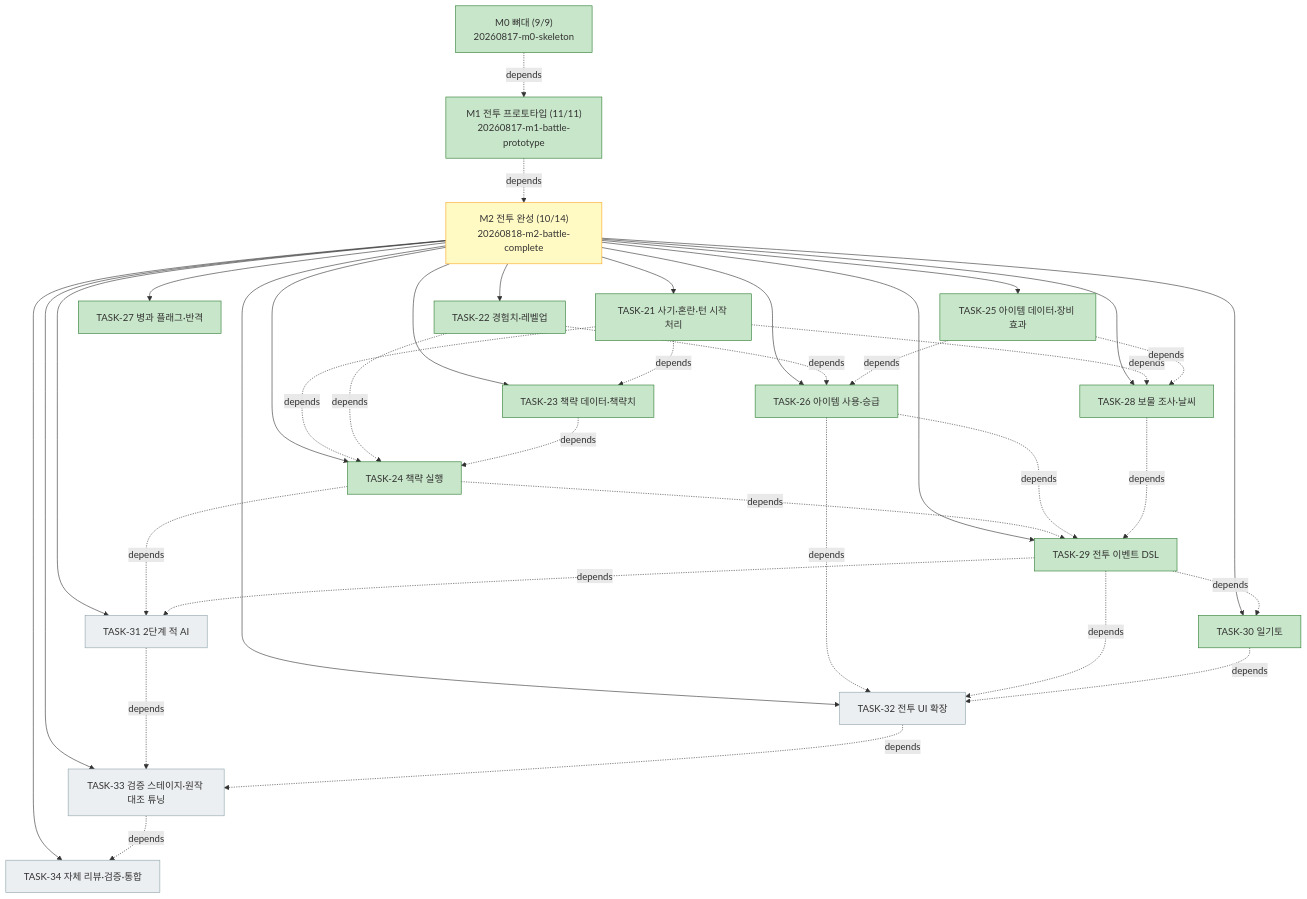
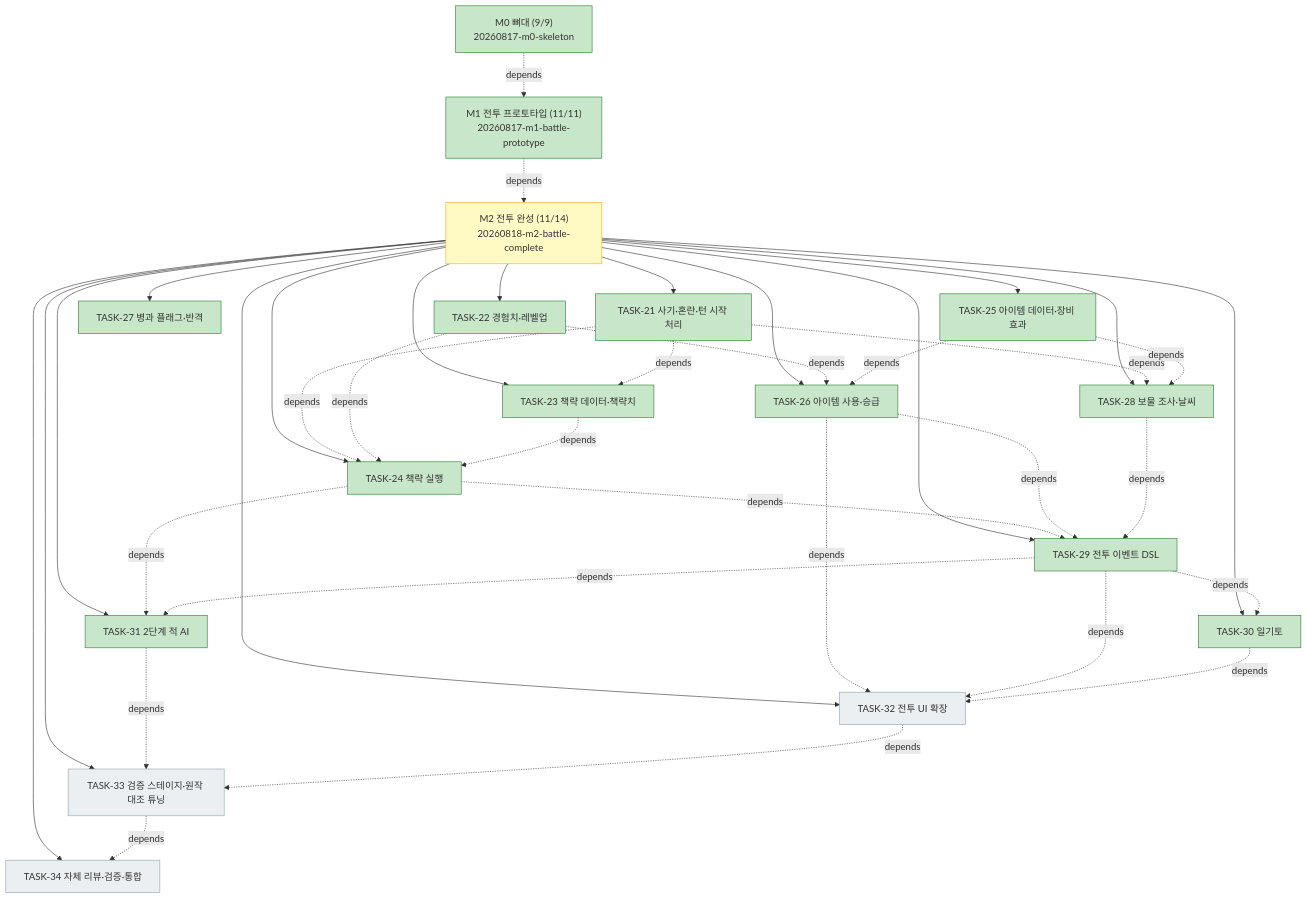
One commit to bluesky5008/HERO changed the diagram in docs/plan.md. Above: the diagram before and after it, drawn with Mermaid. The commit also changed other lines of this file and 15 other files, not shown here.

````diff
--- a/docs/plan.md
+++ b/docs/plan.md
@@ -77,46 +77,46 @@
 ```mermaid
 flowchart TD
     M0["M0 뼈대 (9/9)<br/>20260817-m0-skeleton"]:::done
     M1["M1 전투 프로토타입 (11/11)<br/>20260817-m1-battle-prototype"]:::done
-    M2["M2 전투 완성 (10/14)<br/>20260818-m2-battle-complete"]:::active
+    M2["M2 전투 완성 (11/14)<br/>20260818-m2-battle-complete"]:::active
     M0 -. depends .-> M1
     M1 -. depends .-> M2
     M2 --> T21["TASK-21 사기·혼란·턴 시작 처리"]:::done
     M2 --> T22["TASK-22 경험치·레벨업"]:::done
     M2 --> T23["TASK-23 책략 데이터·책략치"]:::done
     M2 --> T24["TASK-24 책략 실행"]:::done
     M2 --> T25["TASK-25 아이템 데이터·장비 효과"]:::done
     M2 --> T26["TASK-26 아이템 사용·승급"]:::done
     M2 --> T27["TASK-27 병과 플래그·반격"]:::done
     M2 --> T28["TASK-28 보물 조사·날씨"]:::done
     M2 --> T29["TASK-29 전투 이벤트 DSL"]:::done
     M2 --> T30["TASK-30 일기토"]:::done
-    M2 --> T31["TASK-31 2단계 적 AI"]:::todo
+    M2 --> T31["TASK-31 2단계 적 AI"]:::done
     M2 --> T32["TASK-32 전투 UI 확장"]:::todo
     M2 --> T33["TASK-33 검증 스테이지·원작 대조 튜닝"]:::todo
     M2 --> T34["TASK-34 자체 리뷰·검증·통합"]:::todo
     T21 -. depends .-> T23
     T21 -. depends .-> T24
     T22 -. depends .-> T24
     T23 -. depends .-> T24
     T22 -. depends .-> T26
     T25 -. depends .-> T26
     T21 -. depends .-> T28
     T25 -. depends .-> T28
     T24 -. depends .-> T29
     T26 -. depends .-> T29
     T28 -. depends .-> T29
     T29 -. depends .-> T30
     T24 -. depends .-> T31
     T29 -. depends .-> T31
     T26 -. depends .-> T32
     T29 -. depends .-> T32
     T30 -. depends .-> T32
     T31 -. depends .-> T33
     T32 -. depends .-> T33
     T33 -. depends .-> T34
     classDef done fill:#c8e6c9,stroke:#2e7d32
     classDef active fill:#fff9c4,stroke:#f9a825
     classDef todo fill:#eceff1,stroke:#90a4ae
     classDef gate fill:#ffcdd2,stroke:#c62828
 ```
````
